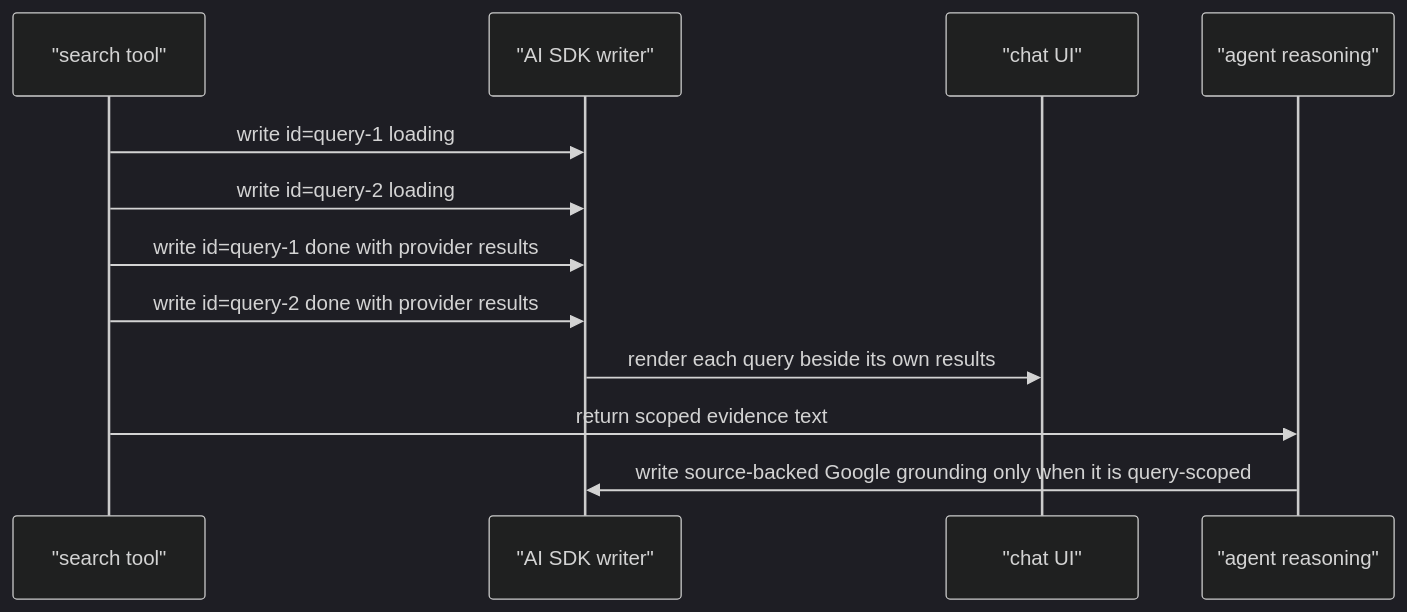
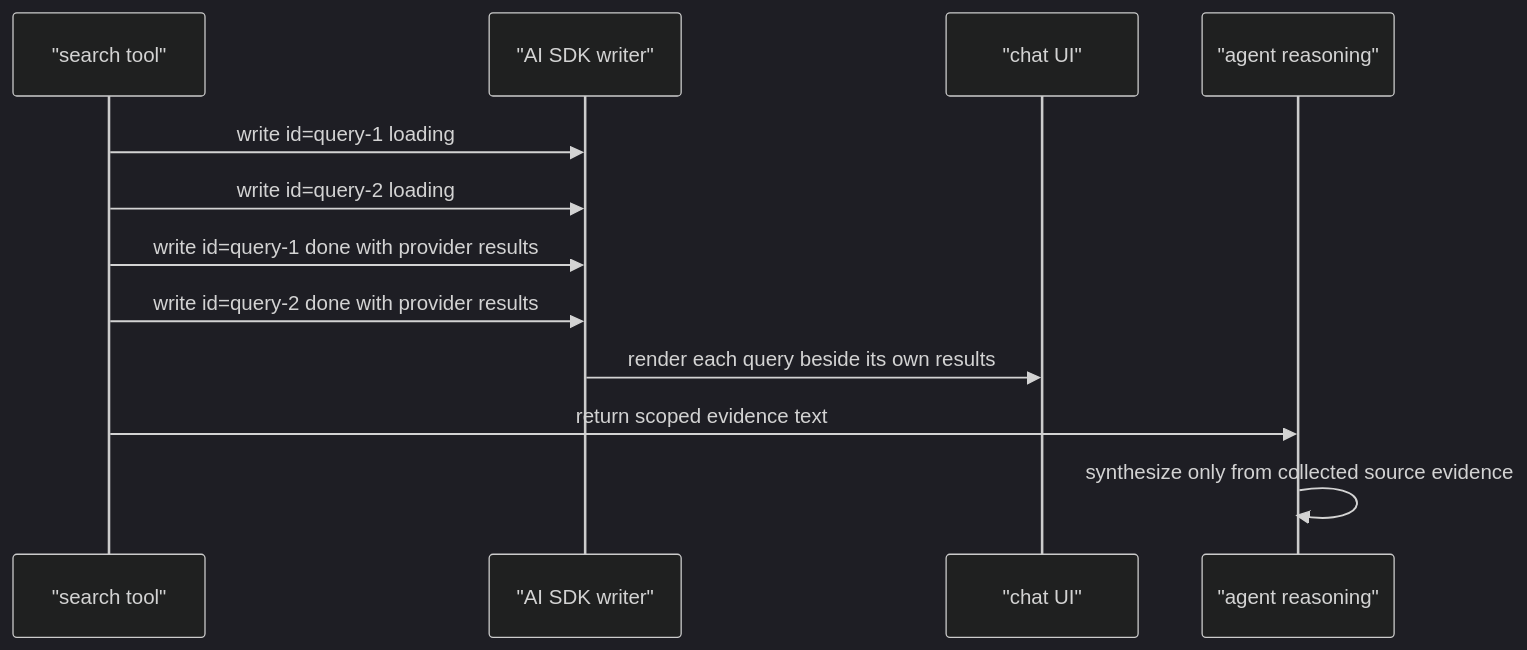
Before and after one commit to nakafaai/nakafa.com: the third of 3 diagrams in packages/ai/agents/docs/query-scoped-search.md, drawn with Mermaid (dark theme). The commit also changed other lines of this file and 5 other files, not shown here.

Commit message:
docs(ai): remove retired Google grounding references

````diff
--- a/packages/ai/agents/docs/query-scoped-search.md
+++ b/packages/ai/agents/docs/query-scoped-search.md
@@ -54,15 +40,15 @@
 ```mermaid
 sequenceDiagram
   participant Tool as "search tool"
   participant Stream as "AI SDK writer"
   participant UI as "chat UI"
   participant Agent as "agent reasoning"
 
   Tool->>Stream: write id=query-1 loading
   Tool->>Stream: write id=query-2 loading
   Tool->>Stream: write id=query-1 done with provider results
   Tool->>Stream: write id=query-2 done with provider results
   Stream->>UI: render each query beside its own results
   Tool->>Agent: return scoped evidence text
-  Agent->>Stream: write source-backed Google grounding only when it is query-scoped
+  Agent->>Agent: synthesize only from collected source evidence
 ```
````
